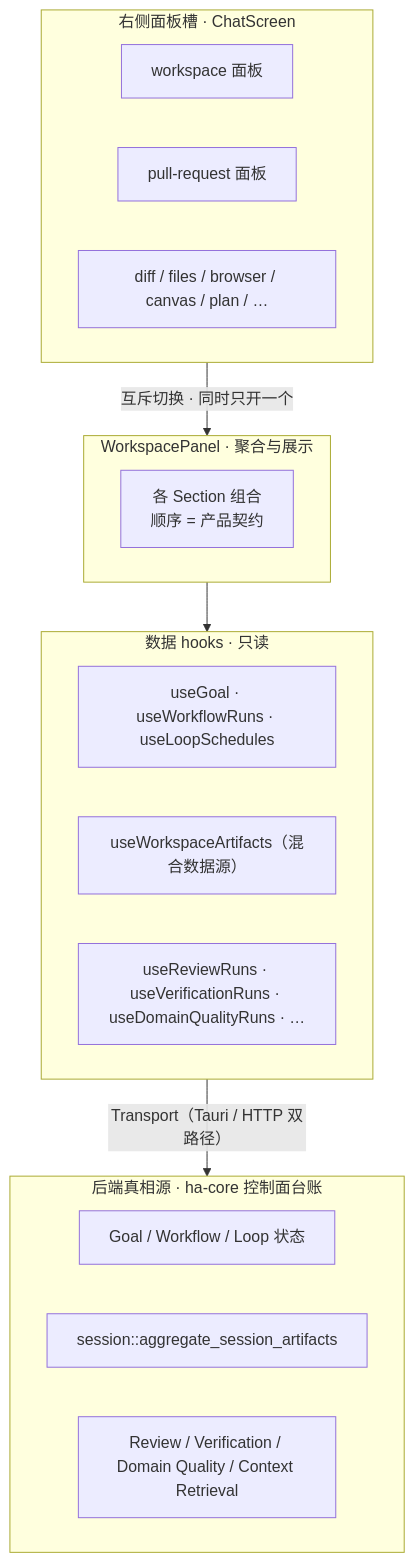
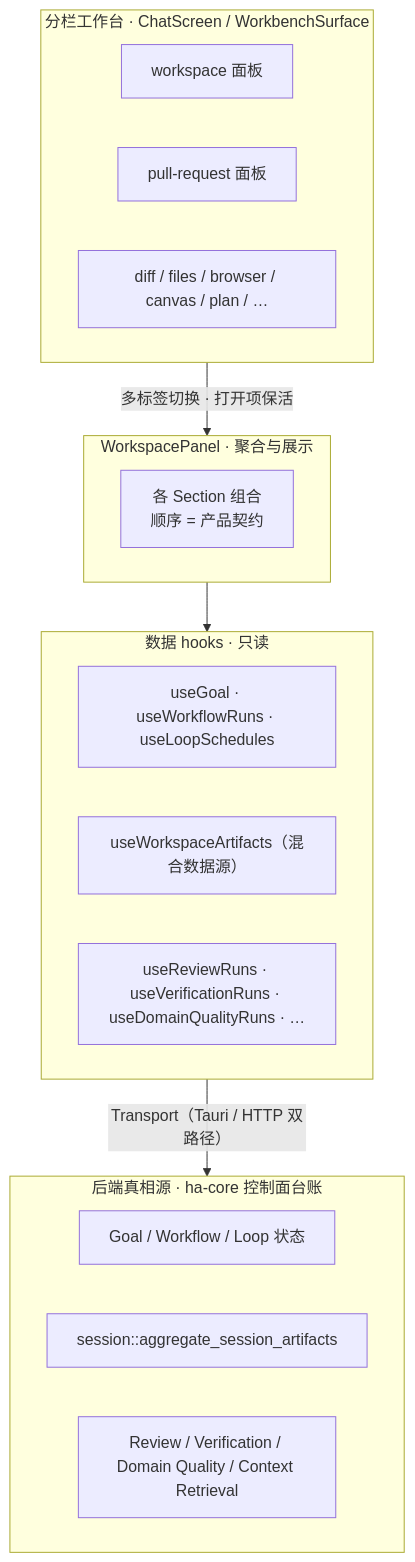
The first of 4 diagrams in docs/architecture/agent/workspace.md (shiwenwen/hope-agent), drawn with Mermaid before and after one commit. The commit also changed other lines of this file and 74 other files, not shown here.

First line of the commit message:
🦭 feat(chat): dock right-side panels into a tabbed workbench

````diff
--- a/docs/architecture/agent/workspace.md
+++ b/docs/architecture/agent/workspace.md
@@ -36,28 +36,28 @@
 ```mermaid
 flowchart TB
-    subgraph shell["右侧面板槽 · ChatScreen"]
+    subgraph shell["分栏工作台 · ChatScreen / WorkbenchSurface"]
         direction LR
         WS["workspace 面板"]
         PR["pull-request 面板"]
         OTHER["diff / files / browser / canvas / plan / …"]
     end
-    shell -->|互斥切换 · 同时只开一个| WP
+    shell -->|多标签切换 · 打开项保活| WP
 
     subgraph WP["WorkspacePanel · 聚合与展示"]
         SEC["各 Section 组合<br/>顺序 = 产品契约"]
     end
     WP --> HOOKS
 
     subgraph HOOKS["数据 hooks · 只读"]
         H1["useGoal · useWorkflowRuns · useLoopSchedules"]
         H2["useWorkspaceArtifacts（混合数据源）"]
         H3["useReviewRuns · useVerificationRuns · useDomainQualityRuns · …"]
     end
     HOOKS -->|Transport（Tauri / HTTP 双路径）| BE
 
     subgraph BE["后端真相源 · ha-core 控制面台账"]
         B1["Goal / Workflow / Loop 状态"]
         B2["session::aggregate_session_artifacts"]
         B3["Review / Verification / Domain Quality / Context Retrieval"]
     end
 ```
````
